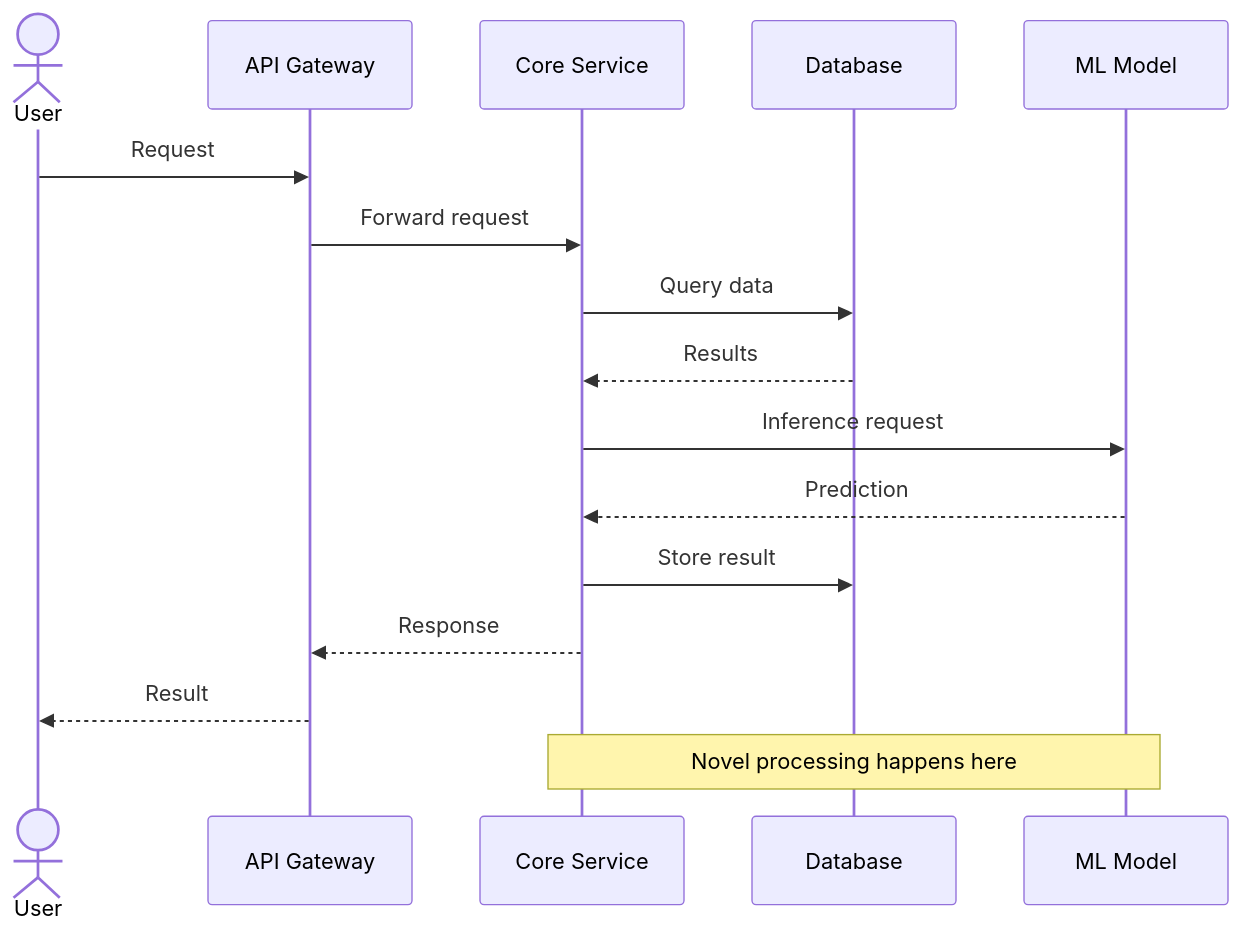
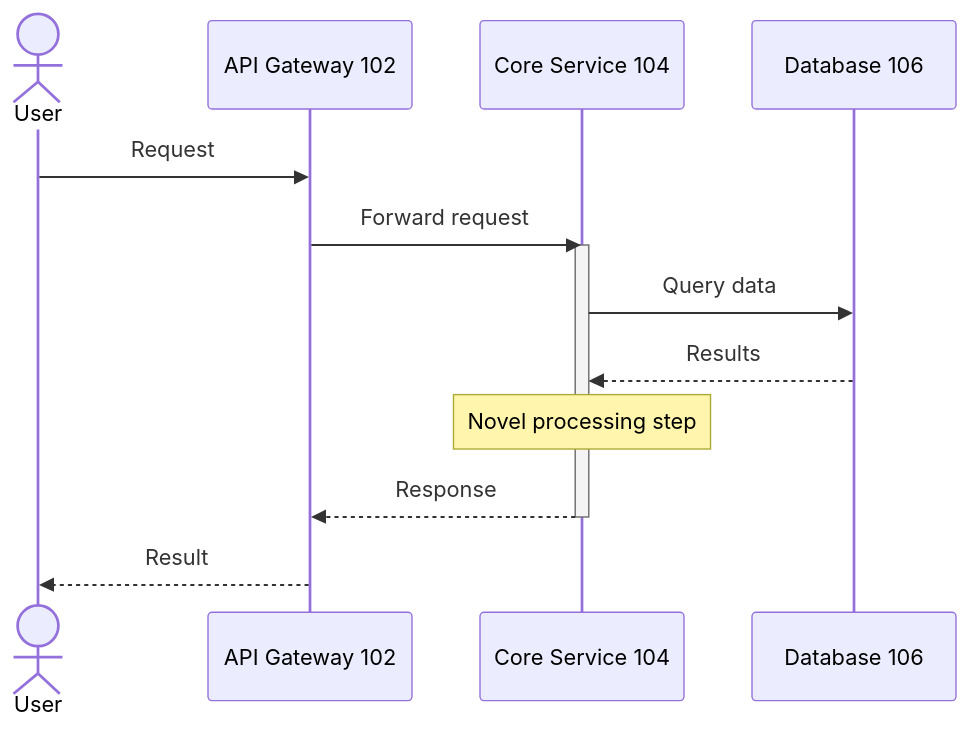
Before and after one commit to trilogy-group/cc-skill-patent-disclosure: the fourth of 7 diagrams in skills/patent-disclosure/prompts/diagram-guidelines.md, drawn with Mermaid. The commit also changed other lines of this file and 13 other files, not shown here.

````diff
--- a/skills/patent-disclosure/prompts/diagram-guidelines.md
+++ b/skills/patent-disclosure/prompts/diagram-guidelines.md
@@ -60,20 +90,17 @@
 ```mermaid
 sequenceDiagram
     actor User
-    participant API as API Gateway
-    participant Svc as Core Service
-    participant DB as Database
-    participant ML as ML Model
+    participant API as API Gateway 102
+    participant Svc as Core Service 104
+    participant DB as Database 106
 
     User->>API: Request
     API->>Svc: Forward request
+    activate Svc
     Svc->>DB: Query data
     DB-->>Svc: Results
-    Svc->>ML: Inference request
-    ML-->>Svc: Prediction
-    Svc->>DB: Store result
+    Note over Svc: Novel processing step
     Svc-->>API: Response
+    deactivate Svc
     API-->>User: Result
-
-    Note over Svc,ML: Novel processing happens here
 ```
````
